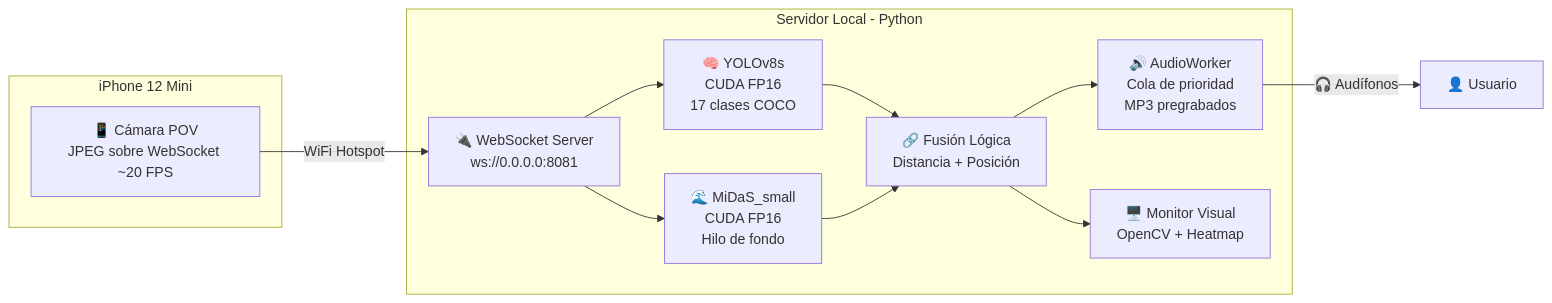
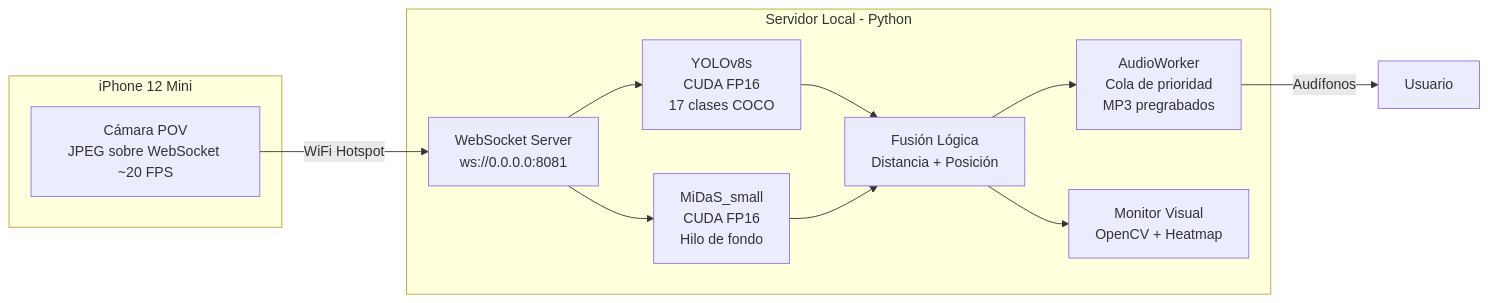
The diagram in README.md (RogueBaker01/fuzzy-enigma), drawn with Mermaid before and after one commit. The commit also changed other lines of this file, not shown here.

````diff
--- a/README.md
+++ b/README.md
@@ -39,24 +39,24 @@
 ```mermaid
 graph LR
     subgraph iPhone 12 Mini
-        A["📱 Cámara POV<br/>JPEG sobre WebSocket ~20 FPS"]
+        A["Cámara POV<br/>JPEG sobre WebSocket ~20 FPS"]
     end
 
     subgraph Servidor Local - Python
-        B["🔌 WebSocket Server<br/>ws://0.0.0.0:8081"]
-        C["🧠 YOLOv8s<br/>CUDA FP16<br/>17 clases COCO"]
-        D["🌊 MiDaS_small<br/>CUDA FP16<br/>Hilo de fondo"]
-        E["🔗 Fusión Lógica<br/>Distancia + Posición"]
-        F["🔊 AudioWorker<br/>Cola de prioridad<br/>MP3 pregrabados"]
-        G["🖥️ Monitor Visual<br/>OpenCV + Heatmap"]
+        B["WebSocket Server<br/>ws://0.0.0.0:8081"]
+        C["YOLOv8s<br/>CUDA FP16<br/>17 clases COCO"]
+        D["MiDaS_small<br/>CUDA FP16<br/>Hilo de fondo"]
+        E["Fusión Lógica<br/>Distancia + Posición"]
+        F["AudioWorker<br/>Cola de prioridad<br/>MP3 pregrabados"]
+        G["Monitor Visual<br/>OpenCV + Heatmap"]
     end
 
     A -->|WiFi Hotspot| B
     B --> C
     B --> D
     C --> E
     D --> E
     E --> F
     E --> G
-    F -->|"🎧 Audífonos"| H["👤 Usuario"]
+    F -->|"Audífonos"| H["Usuario"]
 ```
````
